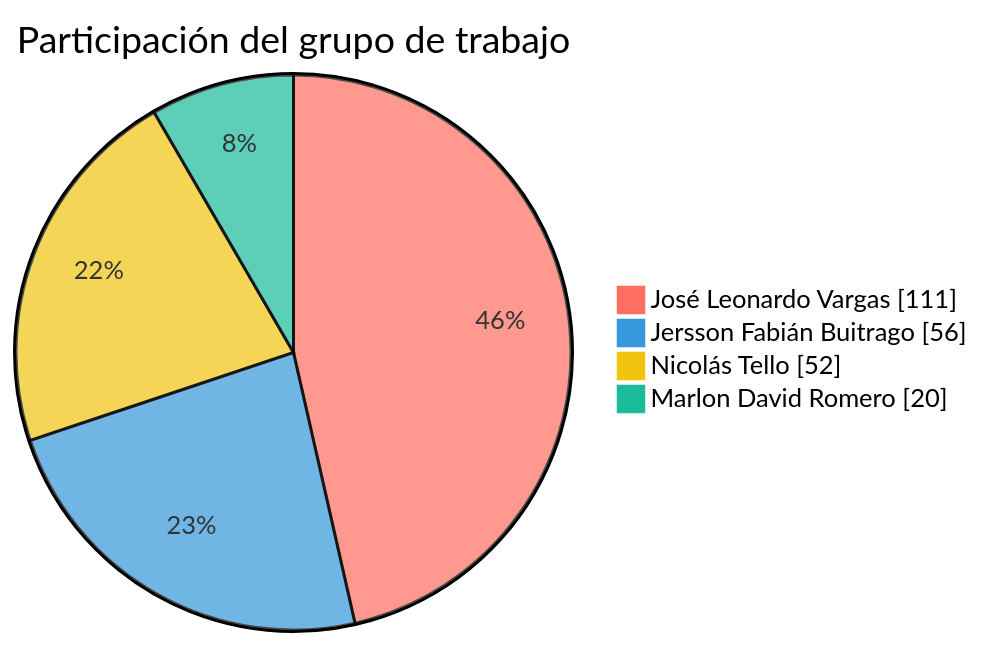
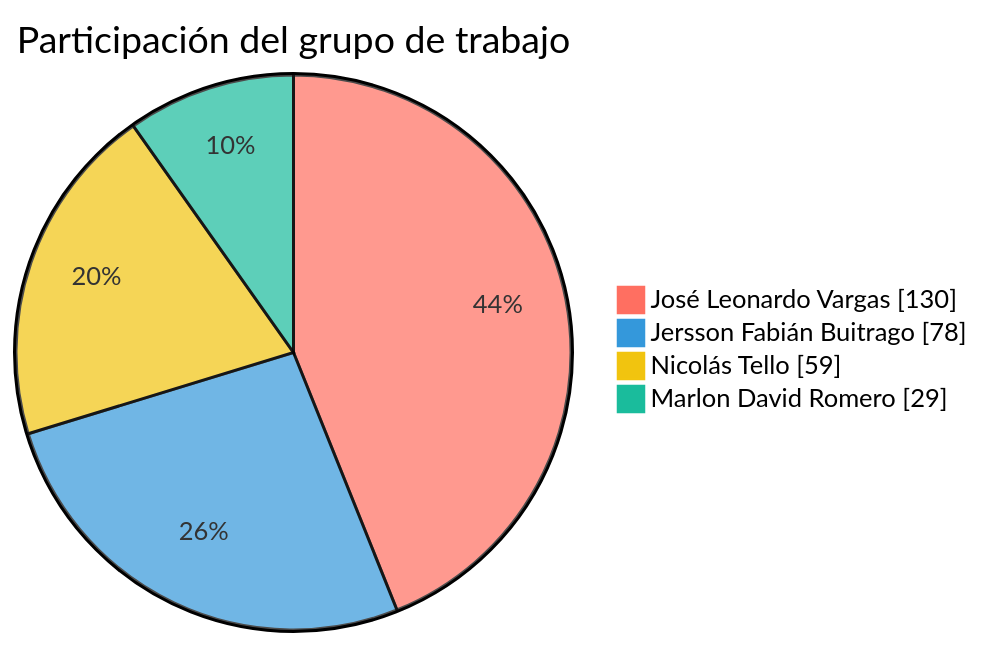
One commit to FarmaExpres/FarmaExpres changed the first of 2 diagrams in README.md. Above: the diagram before and after it, drawn with Mermaid. The commit also changed other lines of this file and 1 other file, not shown here.

````diff
--- a/README.md
+++ b/README.md
@@ -389,9 +389,9 @@
 ```mermaid
 %%{init: {"themeVariables": {"pie1": "#ff6f61", "pie2": "#3498db", "pie3": "#f1c40f", "pie4": "#1abc9c", "pieLabelColor": "#000000", "pieLabelFontSize": "24px", "pieLabelFontWeight": "700"}}}%%
 pie showData
     title Participación del grupo de trabajo
-    "José Leonardo Vargas" : 111
-    "Jersson Fabián Buitrago" : 56
-    "Nicolás Tello" : 52
-    "Marlon David Romero" : 20
+    "José Leonardo Vargas" : 130
+    "Jersson Fabián Buitrago" : 78
+    "Nicolás Tello" : 59
+    "Marlon David Romero" : 29
 ```
````
